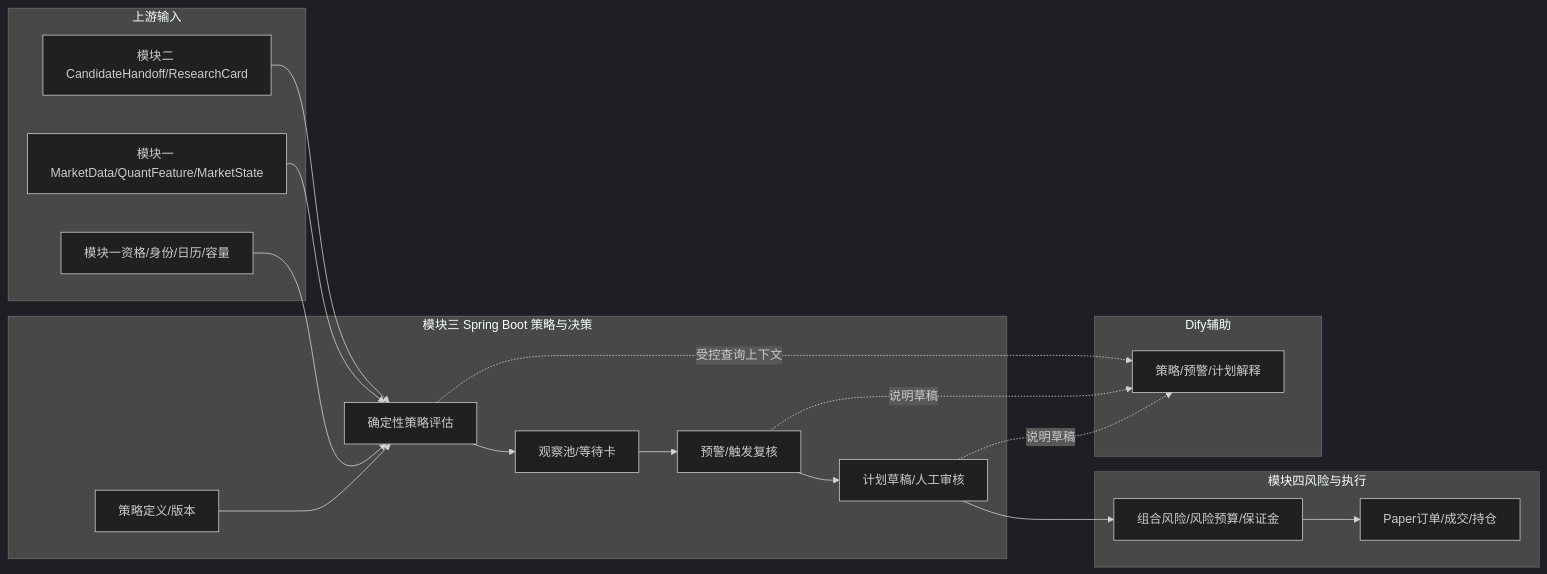
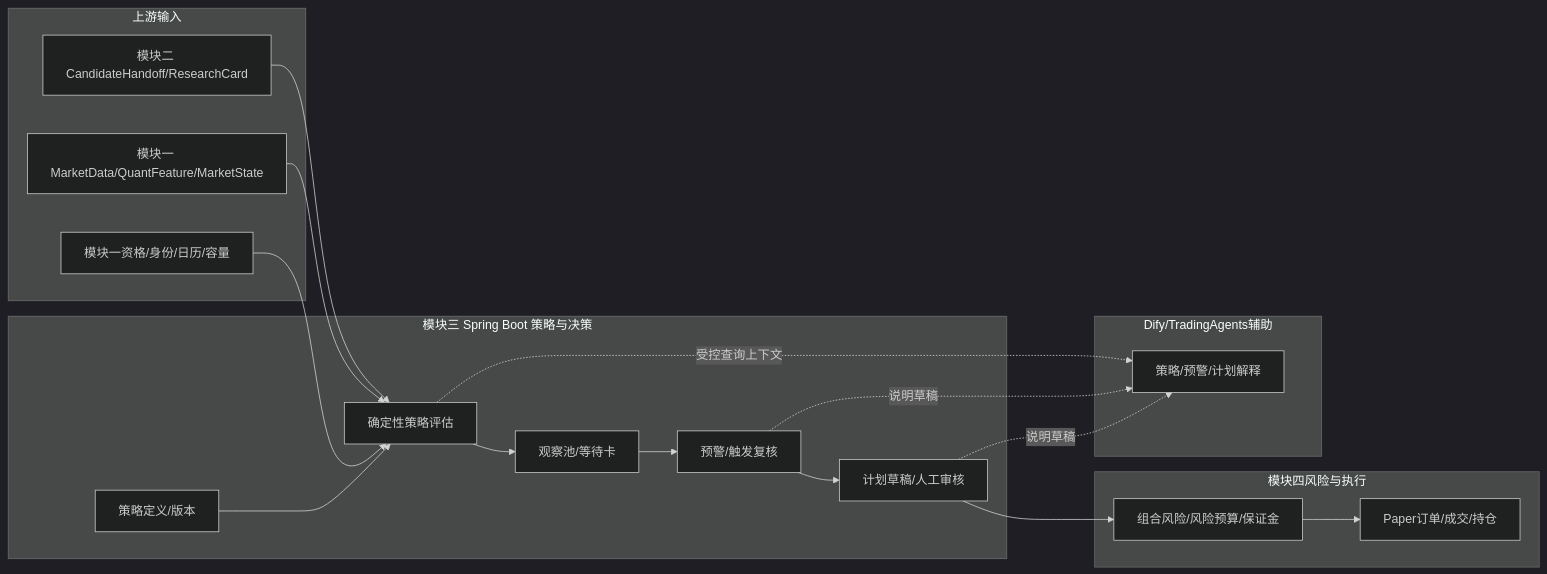
The first of 3 diagrams in doc/详设文档/详设_3_策略与交易决策详细设计方案.md (shaoqf2350/quant), drawn with Mermaid (dark theme) before and after one commit. The commit also changed other lines of this file and 100 other files, not shown here.

````diff
--- a/doc/详设文档/详设_3_策略与交易决策详细设计方案.md
+++ b/doc/详设文档/详设_3_策略与交易决策详细设计方案.md
@@ -282,29 +289,29 @@
 ```mermaid
 flowchart LR
     subgraph IN[上游输入]
       CAND[模块二 CandidateHandoff/ResearchCard]
       MD[模块一 MarketData/QuantFeature/MarketState]
       QUAL[模块一资格/身份/日历/容量]
     end
     subgraph S3[模块三 Spring Boot 策略与决策]
       DEF[策略定义/版本]
       EVAL[确定性策略评估]
       WL[观察池/等待卡]
       ALERT[预警/触发复核]
       PLAN[计划草稿/人工审核]
     end
     subgraph S4[模块四风险与执行]
       RISK[组合风险/风险预算/保证金]
       PAPER[Paper订单/成交/持仓]
     end
-    subgraph AI[Dify辅助]
+    subgraph AI[Dify/TradingAgents辅助]
       EXPLAIN[策略/预警/计划解释]
     end
     CAND --> EVAL
     MD --> EVAL
     QUAL --> EVAL
     DEF --> EVAL --> WL --> ALERT --> PLAN --> RISK --> PAPER
     EVAL -.受控查询上下文.-> EXPLAIN
     ALERT -.说明草稿.-> EXPLAIN
     PLAN -.说明草稿.-> EXPLAIN
 ```
````
